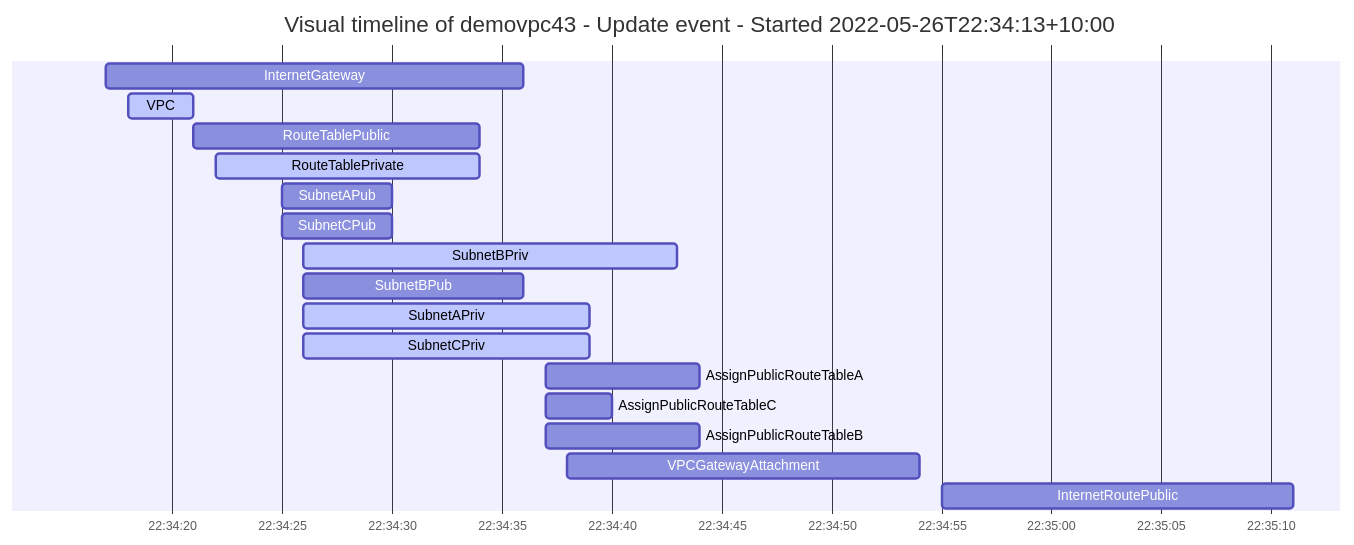
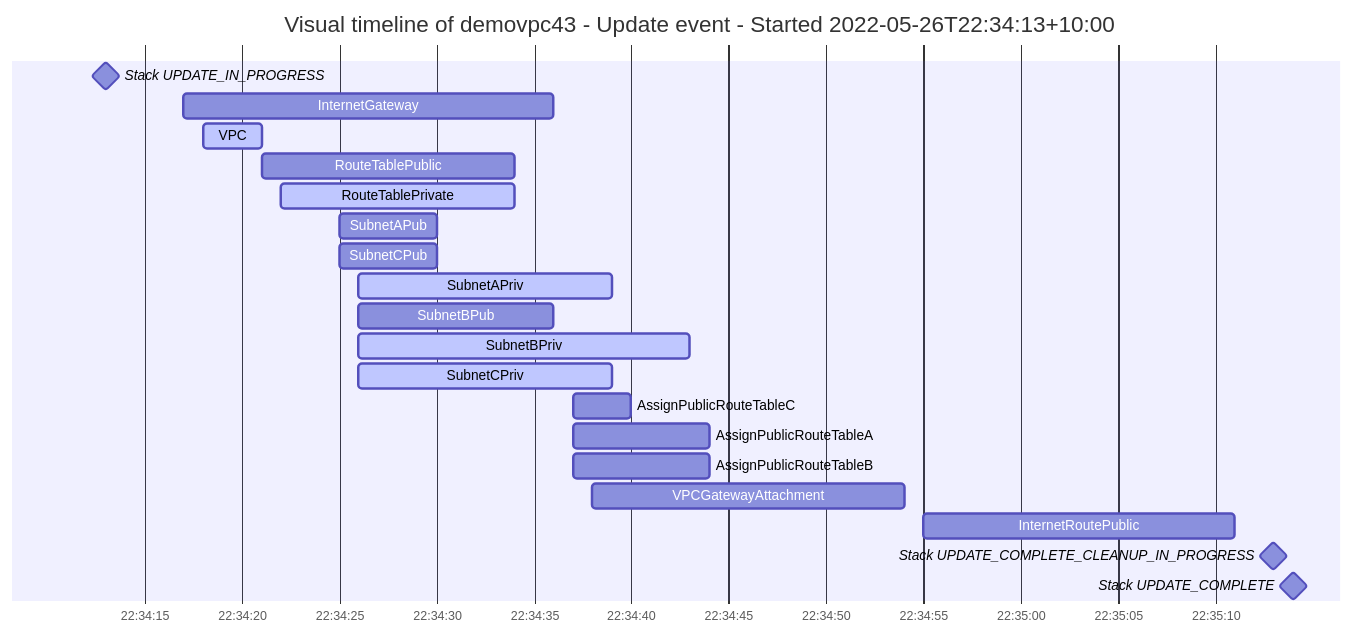
One commit to ArjenSchwarz/fog changed the diagram in README.md. Above: the diagram before and after it, drawn with Mermaid. The commit also changed other lines of this file and 1 other file, not shown here.

Commit message:
Update docs
Update the examples for the report action

````diff
--- a/README.md
+++ b/README.md
@@ -174,21 +172,24 @@
 ```mermaid
 gantt
-	title Visual timeline of demovpc43 - Update event - Started 2022-05-26T22:34:13+10:00
-	dateFormat HH:mm:ss
-	axisFormat %H:%M:%S
-	InternetGateway	:22:34:17 , 19s
-	VPC	:active, 22:34:18 , 3s
-	RouteTablePublic	:22:34:21 , 13s
-	RouteTablePrivate	:active, 22:34:22 , 12s
-	SubnetAPub	:22:34:25 , 5s
-	SubnetCPub	:22:34:25 , 5s
-	SubnetBPriv	:active, 22:34:26 , 17s
-	SubnetBPub	:22:34:26 , 10s
-	SubnetAPriv	:active, 22:34:26 , 13s
-	SubnetCPriv	:active, 22:34:26 , 13s
-	AssignPublicRouteTableA	:22:34:37 , 7s
-	AssignPublicRouteTableC	:22:34:37 , 3s
-	AssignPublicRouteTableB	:22:34:37 , 7s
-	VPCGatewayAttachment	:22:34:38 , 16s
-	InternetRoutePublic	:22:34:55 , 16s
+        title Visual timeline of demovpc43 - Update event - Started 2022-05-26T22:34:13+10:00
+        dateFormat HH:mm:ss
+        axisFormat %H:%M:%S
+        Stack UPDATE_IN_PROGRESS        :milestone, 22:34:13 , 0s
+        InternetGateway :22:34:17 , 19s
+        VPC     :active, 22:34:18 , 3s
+        RouteTablePublic        :22:34:21 , 13s
+        RouteTablePrivate       :active, 22:34:22 , 12s
+        SubnetAPub      :22:34:25 , 5s
+        SubnetCPub      :22:34:25 , 5s
+        SubnetAPriv     :active, 22:34:26 , 13s
+        SubnetBPub      :22:34:26 , 10s
+        SubnetBPriv     :active, 22:34:26 , 17s
+        SubnetCPriv     :active, 22:34:26 , 13s
+        AssignPublicRouteTableC :22:34:37 , 3s
+        AssignPublicRouteTableA :22:34:37 , 7s
+        AssignPublicRouteTableB :22:34:37 , 7s
+        VPCGatewayAttachment    :22:34:38 , 16s
+        InternetRoutePublic     :22:34:55 , 16s
+        Stack UPDATE_COMPLETE_CLEANUP_IN_PROGRESS       :milestone, 22:35:13 , 0s
+        Stack UPDATE_COMPLETE   :milestone, 22:35:14 , 0s
 ```
````
